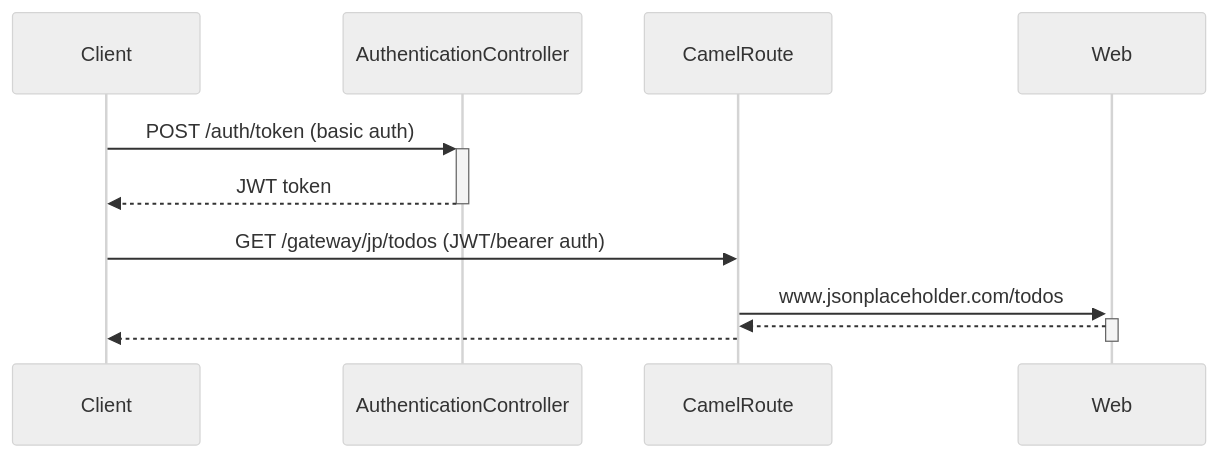
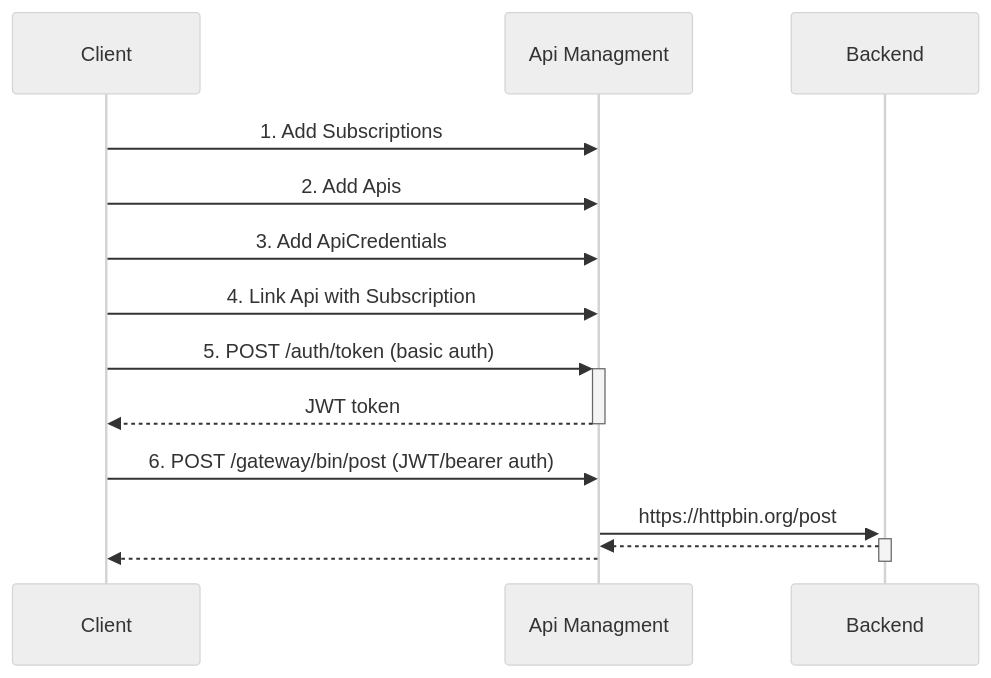
Before and after one commit to Serkan80/api-management: the second of 2 diagrams in README.md, drawn with Mermaid (neutral theme). The commit also changed other lines of this file and 15 other files, not shown here.

````diff
--- a/README.md
+++ b/README.md
@@ -3,10 +34,13 @@
 ```mermaid
 sequenceDiagram
-    Client->>+AuthenticationController: POST /auth/token (basic auth)
-    AuthenticationController-->>-Client: JWT token
-    
-    Client->>CamelRoute: GET /gateway/jp/todos (JWT/bearer auth)
-    CamelRoute->>+Web: www.jsonplaceholder.com/todos
-    Web-->>-CamelRoute: 
-    CamelRoute-->>Client: 
+  Client ->> Api Managment: 1. Add Subscriptions
+  Client ->> Api Managment: 2. Add Apis
+  Client ->> Api Managment: 3. Add ApiCredentials
+  Client ->> Api Managment: 4. Link Api with Subscription
+  Client ->>+ Api Managment: 5. POST /auth/token (basic auth)
+  Api Managment -->>- Client: JWT token
+  Client ->> Api Managment: 6. POST /gateway/bin/post (JWT/bearer auth)
+  Api Managment ->>+ Backend: https://httpbin.org/post
+Backend-->>-Api Managment: 
+    Api Managment-->>Client: 
 ```
````
